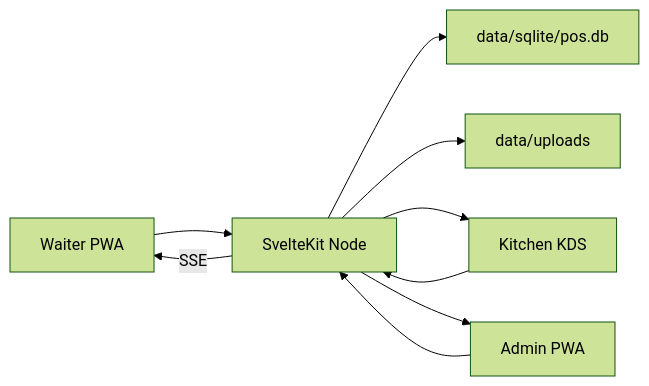
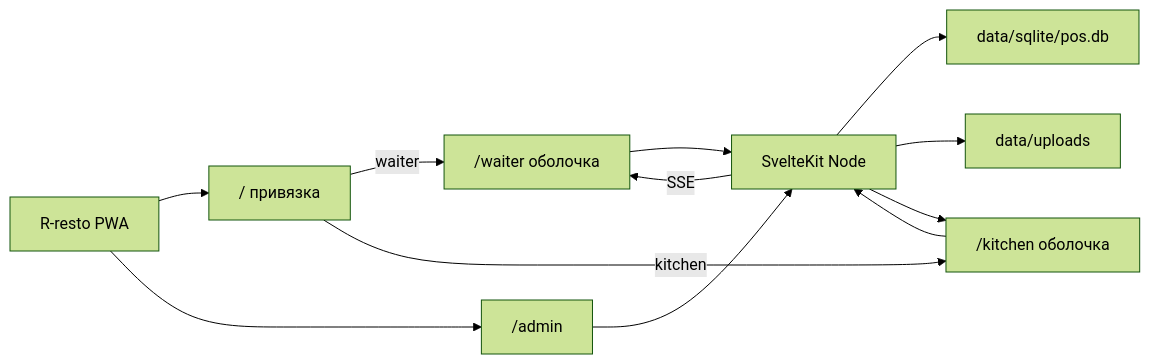
Before and after one commit to Rabdan/r-resto: the first of 2 diagrams in plans/ARCHITECTURE.md, drawn with Mermaid (forest theme). The commit also changed other lines of this file and 30 other files, not shown here.

````diff
--- a/plans/ARCHITECTURE.md
+++ b/plans/ARCHITECTURE.md
@@ -18,11 +18,14 @@
 ```mermaid
 flowchart LR
-  Waiter["Waiter PWA"] --> SK["SvelteKit Node"]
-  Kitchen["Kitchen KDS"] --> SK
-  Admin["Admin PWA"] --> SK
+  PWA["R-resto PWA"] --> Bind["/ привязка"]
+  Bind -->|"waiter"| Waiter["/waiter оболочка"]
+  Bind -->|"kitchen"| Kitchen["/kitchen оболочка"]
+  PWA --> Admin["/admin"]
+  Waiter --> SK["SvelteKit Node"]
+  Kitchen --> SK
+  Admin --> SK
   SK --> DB["data/sqlite/pos.db"]
   SK --> Files["data/uploads"]
   SK -->|"SSE"| Waiter
   SK --> Kitchen
-  SK --> Admin
 ```
````
